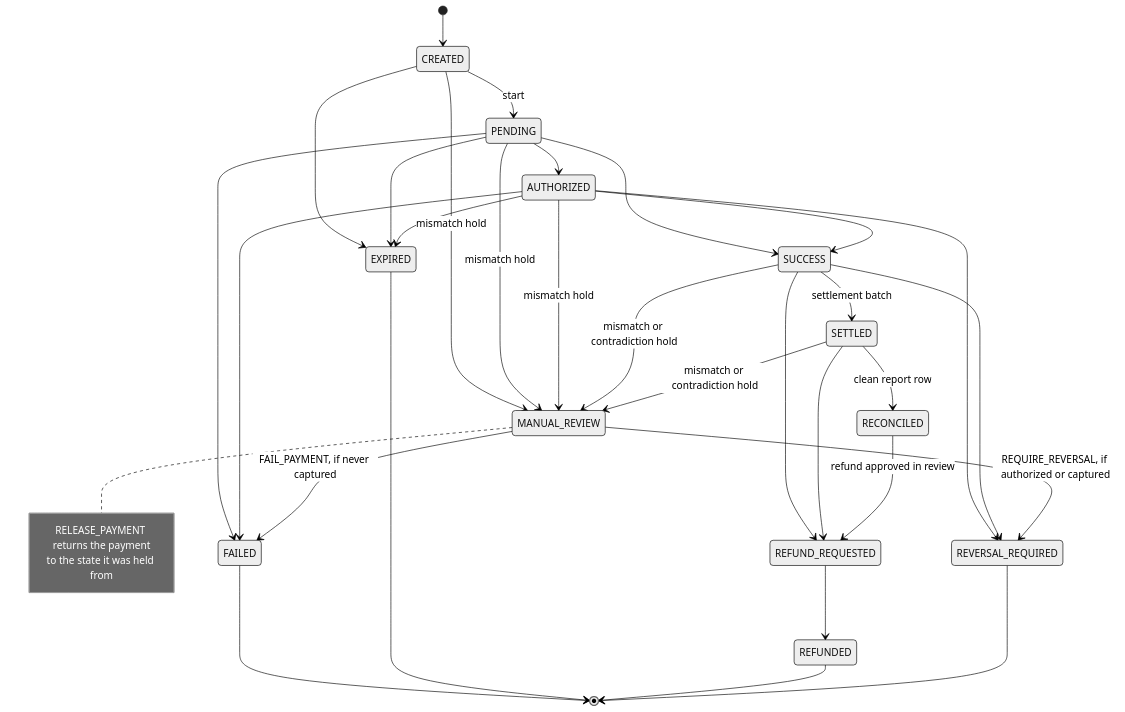
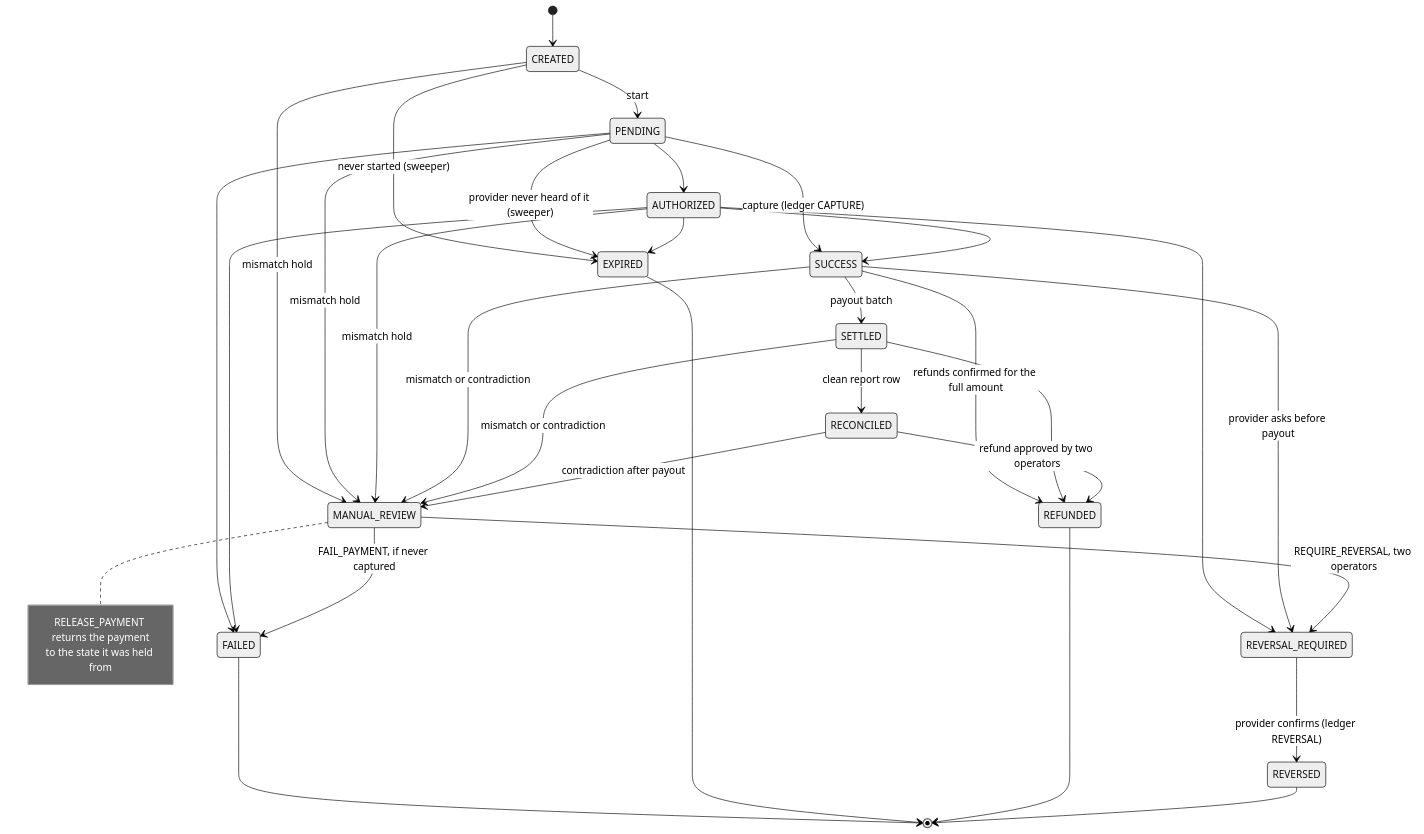
One commit to fattah247/Payflow-reliability changed the second of 2 diagrams in README.md. Above: the diagram before and after it, drawn with Mermaid (neutral theme). The commit also changed other lines of this file and 35 other files, not shown here.

````diff
--- a/README.md
+++ b/README.md
@@ -125,46 +133,46 @@
 ```mermaid
 stateDiagram-v2
     [*] --> CREATED
 
     CREATED --> PENDING: start
-    CREATED --> EXPIRED
+    CREATED --> EXPIRED: never started (sweeper)
 
     PENDING --> AUTHORIZED
-    PENDING --> SUCCESS
+    PENDING --> SUCCESS: capture (ledger CAPTURE)
     PENDING --> FAILED
-    PENDING --> EXPIRED
+    PENDING --> EXPIRED: provider never heard of it (sweeper)
 
     AUTHORIZED --> SUCCESS
     AUTHORIZED --> FAILED
     AUTHORIZED --> EXPIRED
     AUTHORIZED --> REVERSAL_REQUIRED
 
-    SUCCESS --> SETTLED: settlement batch
-    SUCCESS --> REFUND_REQUESTED
-    SUCCESS --> REVERSAL_REQUIRED
+    SUCCESS --> SETTLED: payout batch
+    SUCCESS --> REVERSAL_REQUIRED: provider asks before payout
+    SUCCESS --> REFUNDED: refunds confirmed for the full amount
 
     SETTLED --> RECONCILED: clean report row
-    SETTLED --> REFUND_REQUESTED
+    SETTLED --> REFUNDED
+    RECONCILED --> REFUNDED: refund approved by two operators
 
-    RECONCILED --> REFUND_REQUESTED: refund approved in review
-
-    REFUND_REQUESTED --> REFUNDED
+    REVERSAL_REQUIRED --> REVERSED: provider confirms (ledger REVERSAL)
 
     CREATED --> MANUAL_REVIEW: mismatch hold
     PENDING --> MANUAL_REVIEW: mismatch hold
     AUTHORIZED --> MANUAL_REVIEW: mismatch hold
-    SUCCESS --> MANUAL_REVIEW: mismatch or contradiction hold
-    SETTLED --> MANUAL_REVIEW: mismatch or contradiction hold
+    SUCCESS --> MANUAL_REVIEW: mismatch or contradiction
+    SETTLED --> MANUAL_REVIEW: mismatch or contradiction
+    RECONCILED --> MANUAL_REVIEW: contradiction after payout
 
     MANUAL_REVIEW --> FAILED: FAIL_PAYMENT, if never captured
-    MANUAL_REVIEW --> REVERSAL_REQUIRED: REQUIRE_REVERSAL, if authorized or captured
+    MANUAL_REVIEW --> REVERSAL_REQUIRED: REQUIRE_REVERSAL, two operators
     note right of MANUAL_REVIEW
         RELEASE_PAYMENT returns the payment
         to the state it was held from
     end note
 
     FAILED --> [*]
     EXPIRED --> [*]
     REFUNDED --> [*]
-    REVERSAL_REQUIRED --> [*]
+    REVERSED --> [*]
 ```
````
